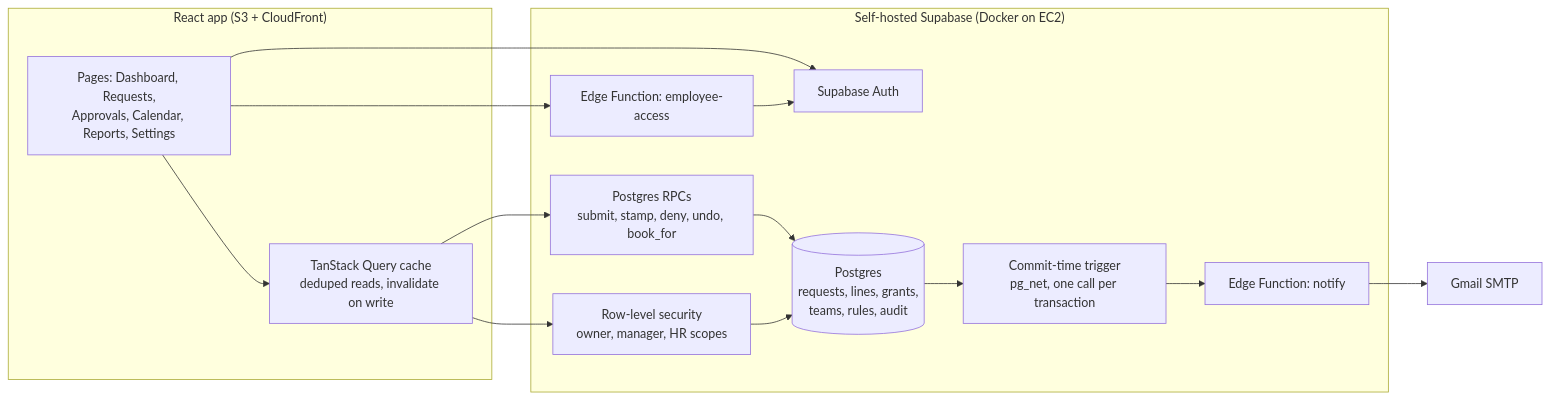
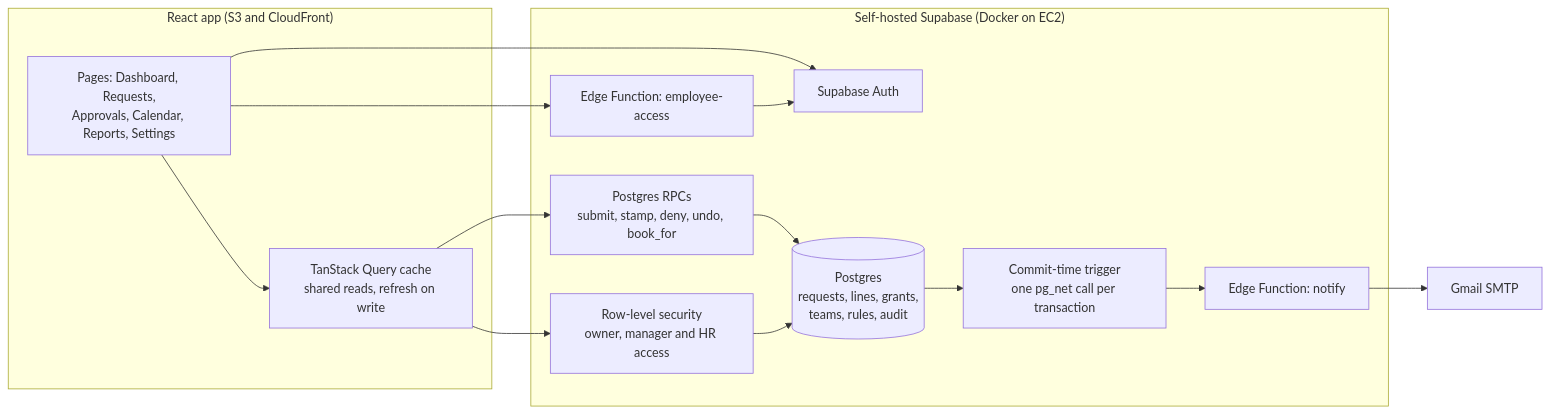
One commit to Seaw24/Chartwells-PTO-system changed the diagram in README.md. Above: the diagram before and after it, drawn with Mermaid. The commit also changed other lines of this file, not shown here.

````diff
--- a/README.md
+++ b/README.md
@@ -36,23 +33,23 @@
 ```mermaid
 flowchart LR
-    subgraph Client["React app (S3 + CloudFront)"]
+    subgraph Client["React app (S3 and CloudFront)"]
         UI[Pages: Dashboard, Requests,<br/>Approvals, Calendar, Reports, Settings]
-        Q["TanStack Query cache<br/>deduped reads, invalidate on write"]
+        Q["TanStack Query cache<br/>shared reads, refresh on write"]
     end
 
     subgraph Supabase["Self-hosted Supabase (Docker on EC2)"]
         A[Supabase Auth]
         RPC["Postgres RPCs<br/>submit, stamp, deny, undo, book_for"]
-        RLS["Row-level security<br/>owner, manager, HR scopes"]
+        RLS["Row-level security<br/>owner, manager and HR access"]
         DB[("Postgres<br/>requests, lines, grants,<br/>teams, rules, audit")]
-        TRG["Commit-time trigger<br/>pg_net, one call per transaction"]
+        TRG["Commit-time trigger<br/>one pg_net call per transaction"]
         F1[Edge Function: employee-access]
         F2[Edge Function: notify]
     end
 
     UI --> Q --> RPC --> DB
     Q --> RLS --> DB
     UI --> A
     UI --> F1 --> A
     DB --> TRG --> F2 --> M[Gmail SMTP]
 ```
````
